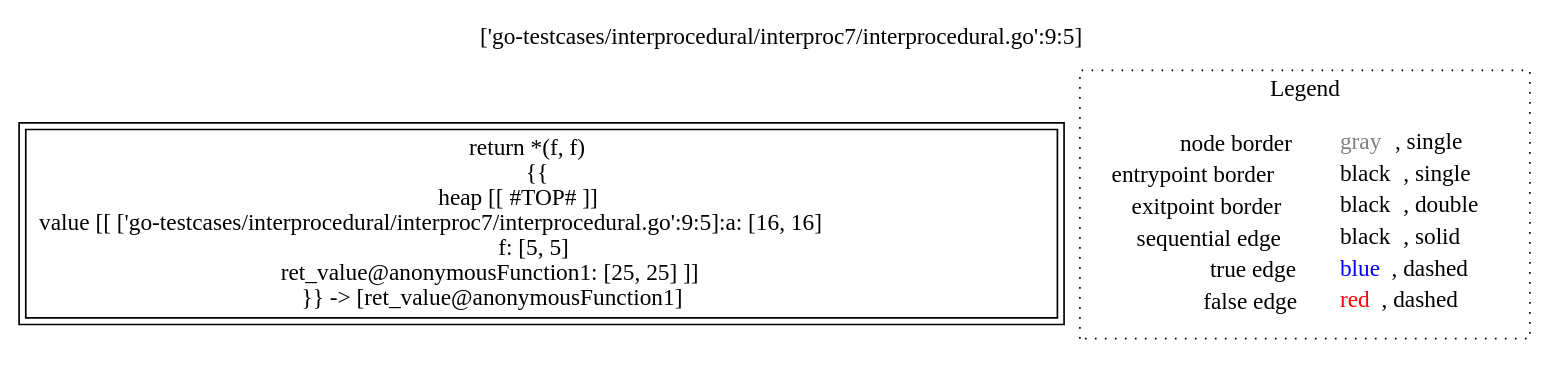
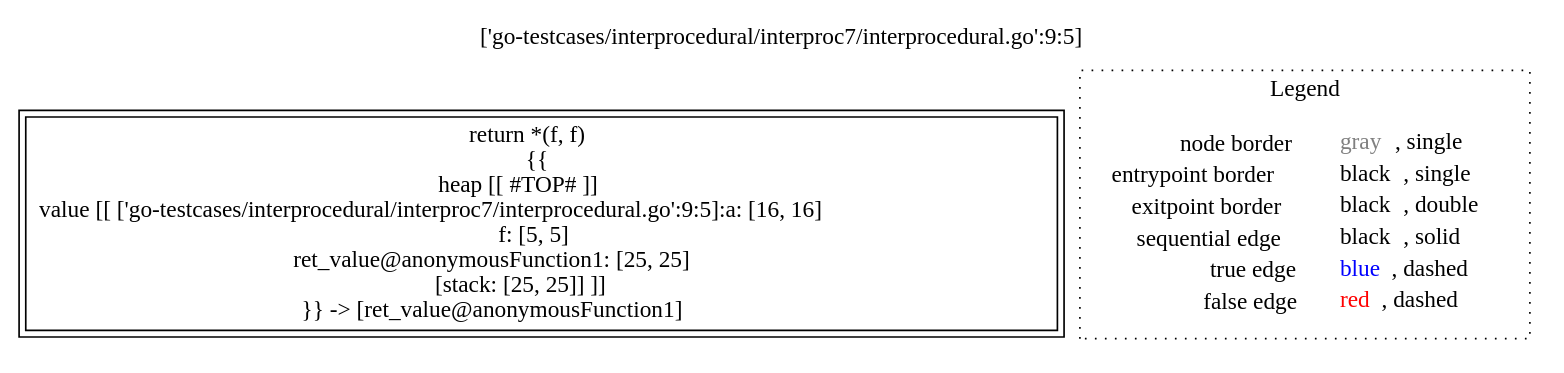
One commit to lisa-analyzer/go-lisa changed the diagram in go-lisa/go-testcases/interprocedural/interproc7/analysis___338195894_int_~LiSAProgram.anonymousFunction1(int_f).dot. Above: the diagram before and after it, drawn with Graphviz. The commit also changed 31 other files, not shown here.

```diff
--- a/go-lisa/go-testcases/interprocedural/interproc7/analysis___338195894_int_~LiSAProgram.anonymousFunction1(int_f).dot
+++ b/go-lisa/go-testcases/interprocedural/interproc7/analysis___338195894_int_~LiSAProgram.anonymousFunction1(int_f).dot
@@ -1,12 +1,12 @@
 digraph {
 	labelloc="t";
 	label="['go-testcases/interprocedural/interproc7/interprocedural.go':9:5]";
-	"node0" [shape="rect",color="black",peripheries="2",label=<return *(f, f)<BR/>{{<BR/>heap [[ #TOP# ]]<BR/>value [[ ['go-testcases/interprocedural/interproc7/interprocedural.go':9:5]:a: [16, 16]<BR/>f: [5, 5]<BR/>ret_value@anonymousFunction1: [25, 25] ]]<BR/>}} -&gt; [ret_value@anonymousFunction1]>];
+	"node0" [shape="rect",color="black",peripheries="2",label=<return *(f, f)<BR/>{{<BR/>heap [[ #TOP# ]]<BR/>value [[ ['go-testcases/interprocedural/interproc7/interprocedural.go':9:5]:a: [16, 16]<BR/>f: [5, 5]<BR/>ret_value@anonymousFunction1: [25, 25]<BR/>[stack: [25, 25]] ]]<BR/>}} -&gt; [ret_value@anonymousFunction1]>];
 subgraph cluster_legend {
 	label="Legend";
 	style=dotted;
 	node [shape=plaintext];
 	"legend" [label=<<table border="0" cellpadding="2" cellspacing="0" cellborder="0"><tr><td align="right">node border&nbsp;</td><td align="left"><font color="gray">gray</font>, single</td></tr><tr><td align="right">entrypoint border&nbsp;</td><td align="left"><font color="black">black</font>, single</td></tr><tr><td align="right">exitpoint border&nbsp;</td><td align="left"><font color="black">black</font>, double</td></tr><tr><td align="right">sequential edge&nbsp;</td><td align="left"><font color="black">black</font>, solid</td></tr><tr><td align="right">true edge&nbsp;</td><td align="left"><font color="blue">blue</font>, dashed</td></tr><tr><td align="right">false edge&nbsp;</td><td align="left"><font color="red">red</font>, dashed</td></tr></table>>];
 }
 
 }
```
